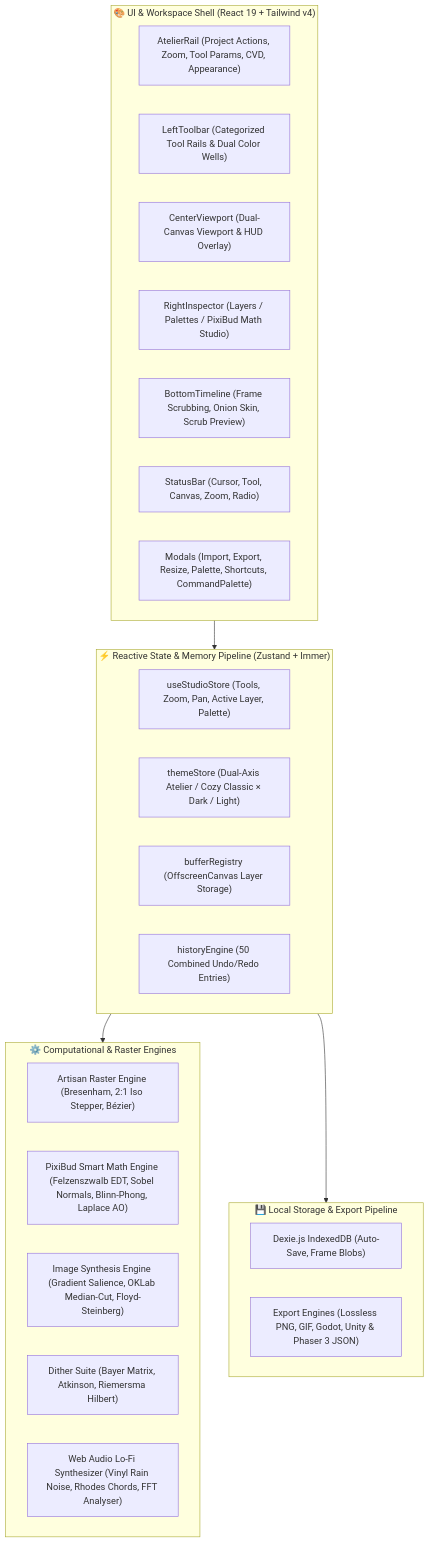
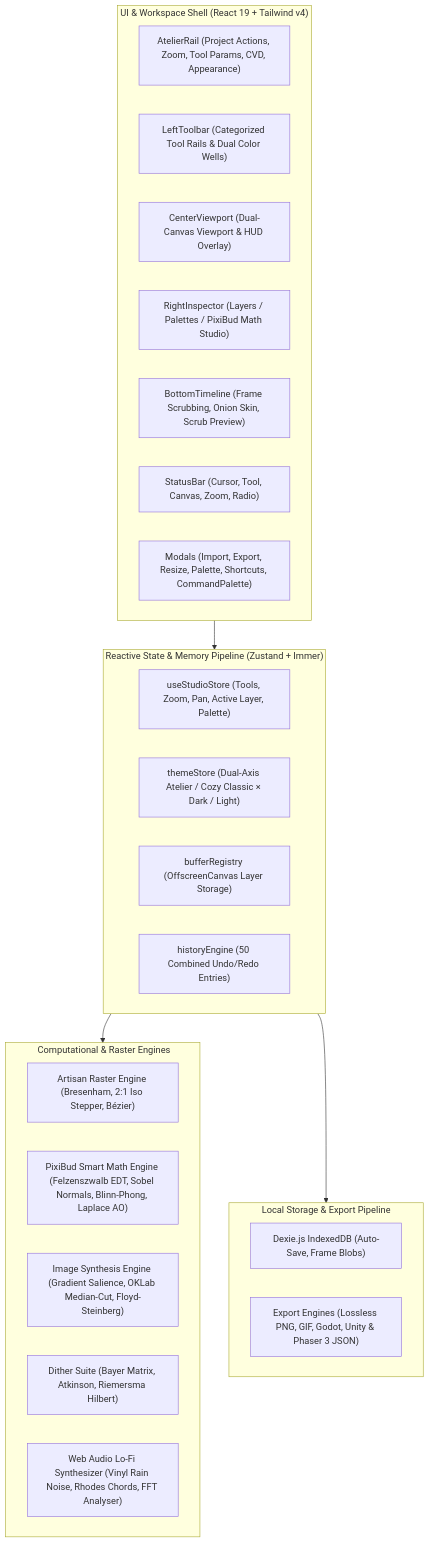
One commit to lxcario/PixiBun changed the first of 7 diagrams in ARCHITECTURE.md. Above: the diagram before and after it, drawn with Mermaid. The commit also changed other lines of this file and 18 other files, not shown here.

````diff
--- a/ARCHITECTURE.md
+++ b/ARCHITECTURE.md
@@ -17,36 +17,36 @@
 ```mermaid
 graph TD
-    subgraph UI_Layer ["🎨 UI & Workspace Shell (React 19 + Tailwind v4)"]
+    subgraph UI_Layer [" UI & Workspace Shell (React 19 + Tailwind v4)"]
         AtelierRail["AtelierRail (Project Actions, Zoom, Tool Params, CVD, Appearance)"]
         LeftRail["LeftToolbar (Categorized Tool Rails & Dual Color Wells)"]
         ViewportShell["CenterViewport (Dual-Canvas Viewport & HUD Overlay)"]
         RightStudio["RightInspector (Layers / Palettes / PixiBud Math Studio)"]
         TimelineDock["BottomTimeline (Frame Scrubbing, Onion Skin, Scrub Preview)"]
         StatusBar["StatusBar (Cursor, Tool, Canvas, Zoom, Radio)"]
         Modals["Modals (Import, Export, Resize, Palette, Shortcuts, CommandPalette)"]
     end
 
-    subgraph State_Layer ["⚡ Reactive State & Memory Pipeline (Zustand + Immer)"]
+    subgraph State_Layer [" Reactive State & Memory Pipeline (Zustand + Immer)"]
         Store["useStudioStore (Tools, Zoom, Pan, Active Layer, Palette)"]
         Theme["themeStore (Dual-Axis Atelier / Cozy Classic × Dark / Light)"]
         BufferReg["bufferRegistry (OffscreenCanvas Layer Storage)"]
         UndoRedo["historyEngine (50 Combined Undo/Redo Entries)"]
     end
 
-    subgraph Core_Engines ["⚙️ Computational & Raster Engines"]
+    subgraph Core_Engines ["️ Computational & Raster Engines"]
         RasterCore["Artisan Raster Engine (Bresenham, 2:1 Iso Stepper, Bézier)"]
         MathCore["PixiBud Smart Math Engine (Felzenszwalb EDT, Sobel Normals, Blinn-Phong, Laplace AO)"]
         PixelizeCore["Image Synthesis Engine (Gradient Salience, OKLab Median-Cut, Floyd-Steinberg)"]
         DitherCore["Dither Suite (Bayer Matrix, Atkinson, Riemersma Hilbert)"]
         AudioCore["Web Audio Lo-Fi Synthesizer (Vinyl Rain Noise, Rhodes Chords, FFT Analyser)"]
     end
 
-    subgraph Storage_Layer ["💾 Local Storage & Export Pipeline"]
+    subgraph Storage_Layer [" Local Storage & Export Pipeline"]
         DexieDB["Dexie.js IndexedDB (Auto-Save, Frame Blobs)"]
         Exporter["Export Engines (Lossless PNG, GIF, Godot, Unity & Phaser 3 JSON)"]
     end
 
     UI_Layer --> State_Layer
     State_Layer --> Core_Engines
     State_Layer --> Storage_Layer
 ```
````
